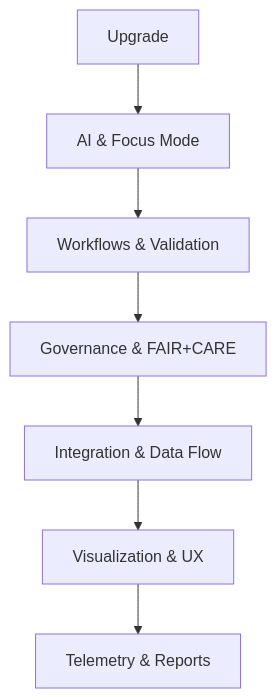
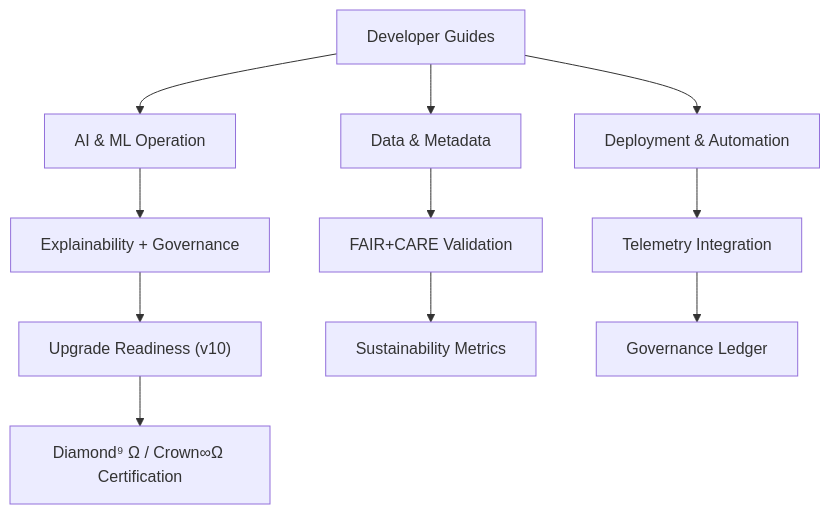
One commit to bartytime4life/Kansas-Frontier-Matrix changed the diagram in docs/guides/README.md. Above: the diagram before and after it, drawn with Mermaid. The commit also changed other lines of this file, not shown here.

First line of the commit message:
Revise README for guides directory overview

````diff
--- a/docs/guides/README.md
+++ b/docs/guides/README.md
@@ -99,9 +112,13 @@
-~~~mermaid
+```mermaid
 flowchart TD
-A["Upgrade"] --> B["AI & Focus Mode"]
-B --> C["Workflows & Validation"]
-C --> D["Governance & FAIR+CARE"]
-D --> E["Integration & Data Flow"]
-E --> F["Visualization & UX"]
-F --> G["Telemetry & Reports"]
-~~~
+A["Developer Guides"] --> B["AI & ML Operation"]
+A --> C["Data & Metadata"]
+A --> D["Deployment & Automation"]
+B --> E["Explainability + Governance"]
+C --> F["FAIR+CARE Validation"]
+D --> G["Telemetry Integration"]
+E --> H["Upgrade Readiness (v10)"]
+F --> I["Sustainability Metrics"]
+G --> J["Governance Ledger"]
+H --> K["Diamond⁹ Ω / Crown∞Ω Certification"]
+```
````
